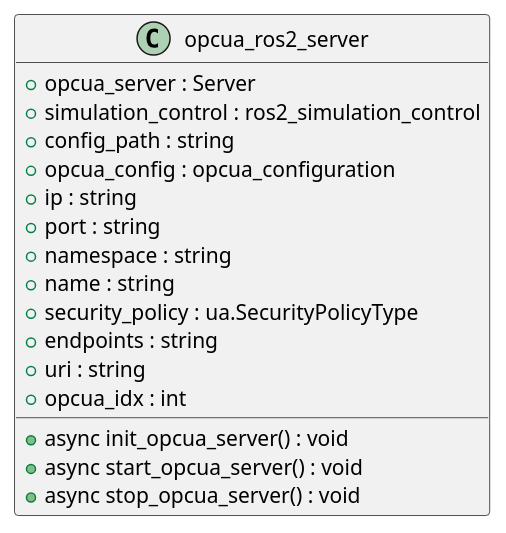
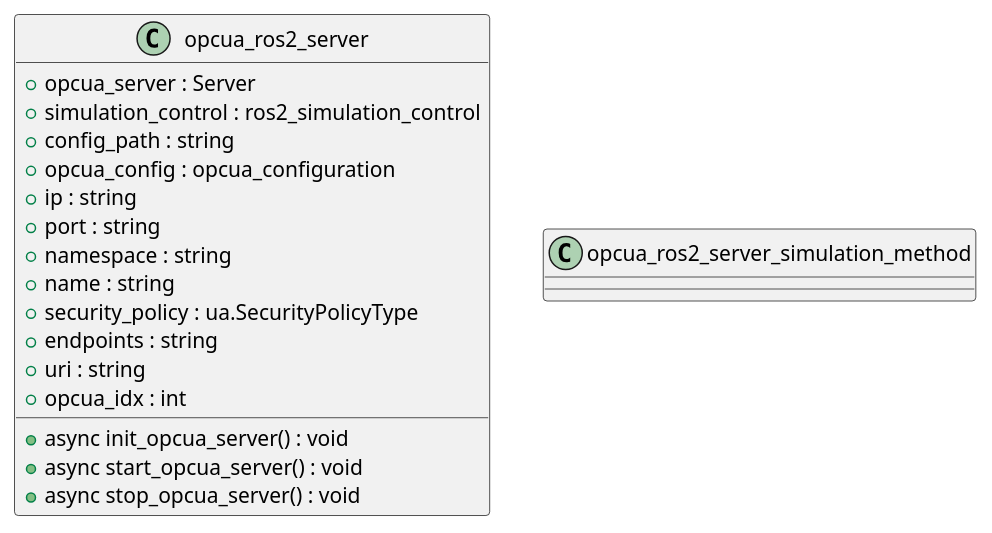
Before and after one commit to aialmohamed/MPA_KR3_Digital_Twin: the diagram in Software/UMLs/OPCUA_Server/Opcua_server.wsd, drawn with PlantUML. The commit also changed 4 other files, not shown here.

Commit message:
update : added a readme file to the opcua server

```diff
--- a/Software/UMLs/OPCUA_Server/Opcua_server.wsd
+++ b/Software/UMLs/OPCUA_Server/Opcua_server.wsd
@@ -1,21 +1,24 @@
 @startuml "Opcua_server"
 
 class "opcua_ros2_server" {
     + opcua_server : Server
     + simulation_control : ros2_simulation_control
     + config_path : string
     + opcua_config : opcua_configuration
     + ip : string
     + port : string
     + namespace : string
     + name : string
     + security_policy : ua.SecurityPolicyType
     + endpoints : string
     + uri : string
     + opcua_idx : int
     + async init_opcua_server() : void
     + async start_opcua_server() : void
     + async stop_opcua_server() : void
 }
 
+class "opcua_ros2_server_simulation_method" {
+    
+}
 @enduml
```
